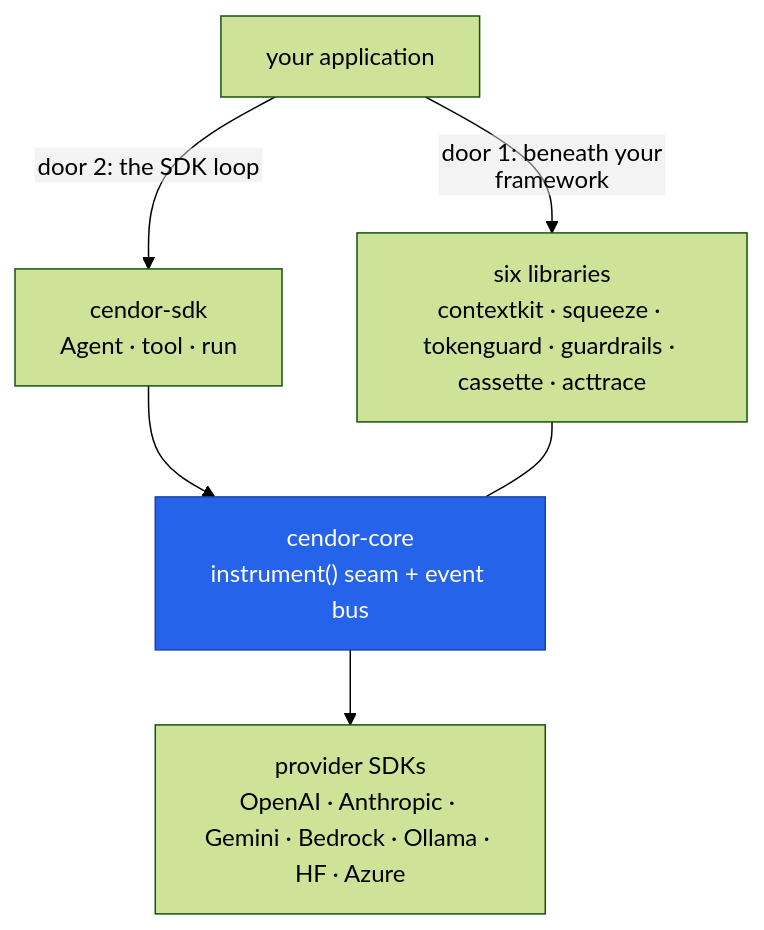
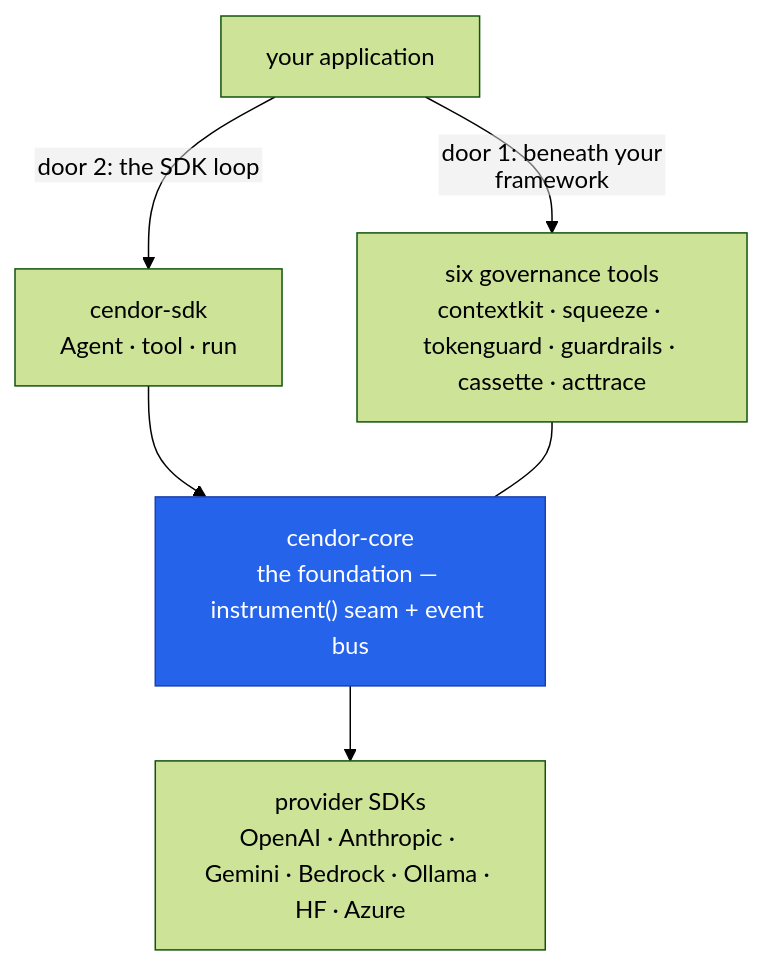
The diagram in docs/index.md (cendorhq/cendor-sdk), drawn with Mermaid (forest theme) before and after one commit. The commit also changed other lines of this file and 13 other files, not shown here.

First line of the commit message:
docs: SDK architecture page + per-library attribution + AI-assistant traps

````diff
--- a/docs/index.md
+++ b/docs/index.md
@@ -64,17 +64,17 @@
 ```mermaid
 %%{init: {"flowchart": {"htmlLabels": false}} }%%
 graph TD
     APP["your application"]
     SDK["cendor-sdk<br/>Agent · tool · run"]
-    LIBS["six libraries<br/>contextkit · squeeze · tokenguard · guardrails · cassette · acttrace"]
-    CORE["cendor-core<br/>instrument() seam + event bus"]
+    LIBS["six governance tools<br/>contextkit · squeeze · tokenguard · guardrails · cassette · acttrace"]
+    CORE["cendor-core<br/>the foundation — instrument() seam + event bus"]
     PROV["provider SDKs<br/>OpenAI · Anthropic · Gemini · Bedrock · Ollama · HF · Azure"]
 
     APP -->|"door 2: the SDK loop"| SDK --> CORE
     APP -->|"door 1: beneath your framework"| LIBS
     LIBS --- CORE
     CORE --> PROV
 
     classDef seam fill:#2563EB,color:#ffffff,stroke:#1E40AF;
     class CORE seam;
 ```
````
